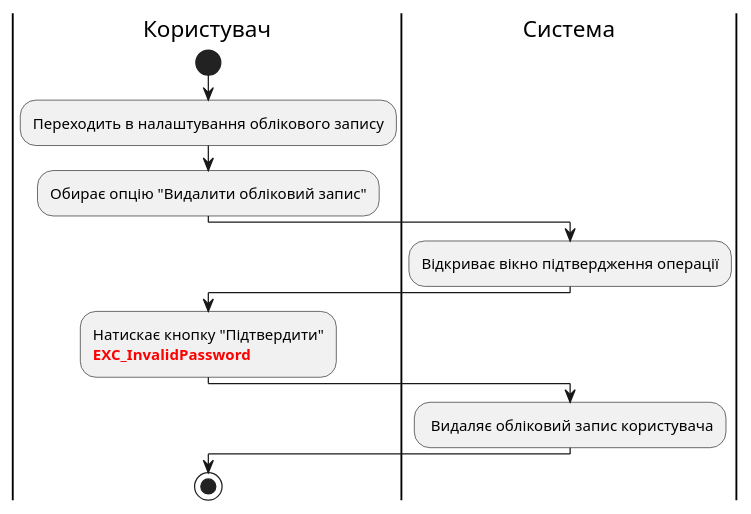
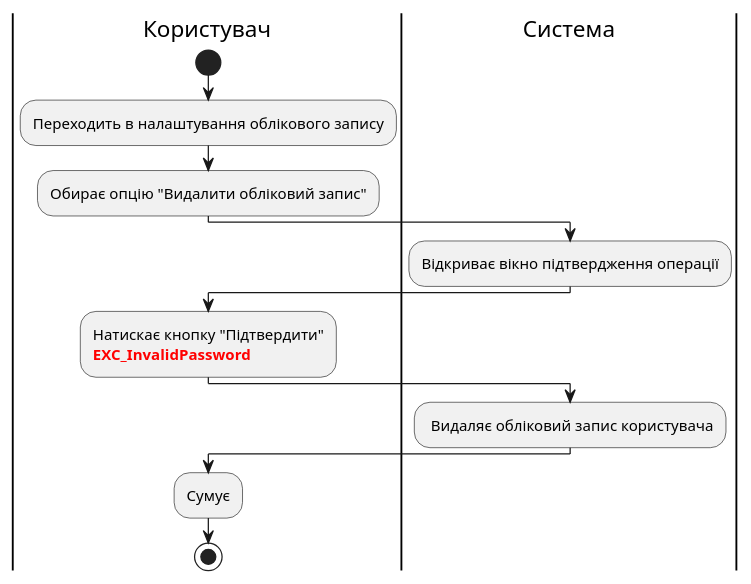
The first of 3 diagrams in docs/use cases/README.md (yanakozak170/pupsiki-bd-yana), drawn with PlantUML before and after one commit. The commit also changed other lines of this file, not shown here.

```diff
--- a/docs/use cases/README.md
+++ b/docs/use cases/README.md
@@ -15,17 +12,17 @@
 @startuml
 
     |Користувач|
     start;
         :Переходить в налаштування облікового запису;
         :Обирає опцію "Видалити обліковий запис";
     |Система|
         :Відкриває вікно підтвердження операції;
     |Користувач|
         :Натискає кнопку "Підтвердити"
         <font color="red"><b>EXC_InvalidPassword;
     |Система|
         : Видаляє обліковий запис користувача;
     |Користувач|
+        :Сумує;    
     stop;
-
 @enduml
```
